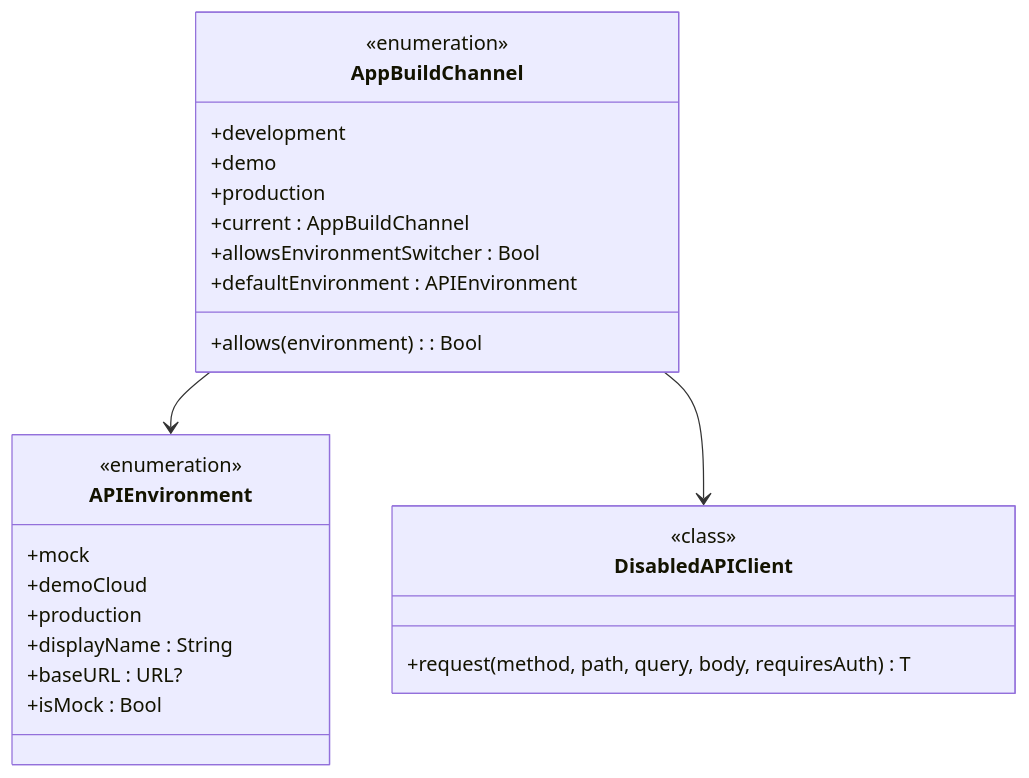
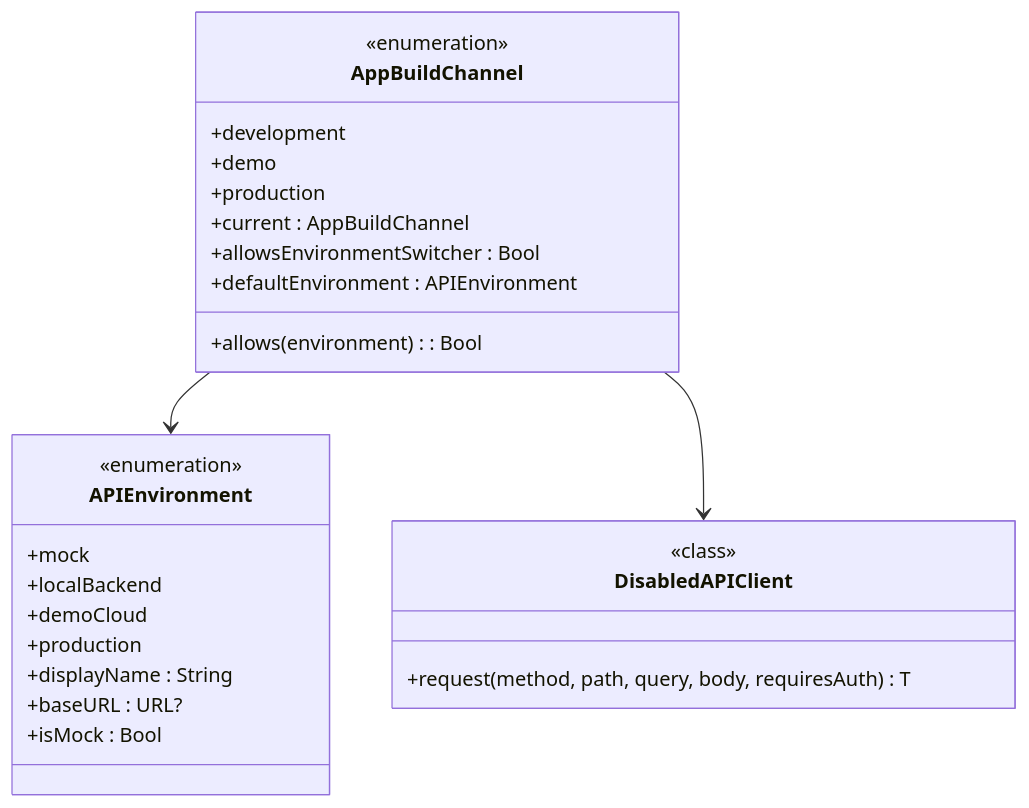
One commit to Jayden23018/blind-run-ios changed the third of 8 diagrams in .qoder/repowiki/zh/content/架构设计/API 环境配置.md. Above: the diagram before and after it, drawn with Mermaid. The commit also changed other lines of this file and 11 other files, not shown here.

````diff
--- a/.qoder/repowiki/zh/content/架构设计/API 环境配置.md
+++ b/.qoder/repowiki/zh/content/架构设计/API 环境配置.md
@@ -204,28 +208,29 @@
 ```mermaid
 classDiagram
 class AppBuildChannel {
 <<enumeration>>
 +development
 +demo
 +production
 +current : AppBuildChannel
 +allowsEnvironmentSwitcher : Bool
 +defaultEnvironment : APIEnvironment
 +allows(environment) : Bool
 }
 class APIEnvironment {
 <<enumeration>>
 +mock
++localBackend
 +demoCloud
 +production
 +displayName : String
 +baseURL : URL?
 +isMock : Bool
 }
 class DisabledAPIClient {
 <<class>>
 +request(method, path, query, body, requiresAuth) T
 }
 AppBuildChannel --> APIEnvironment
 AppBuildChannel --> DisabledAPIClient
 ```
````
